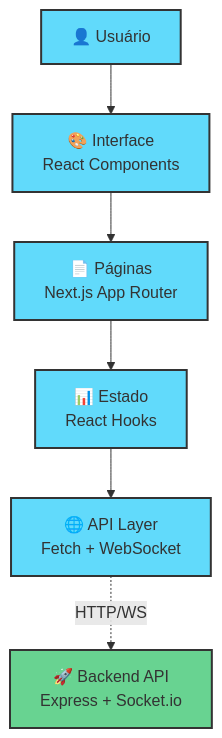
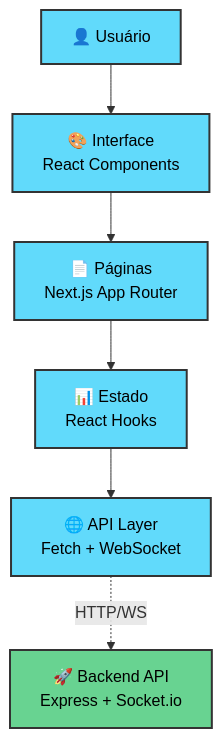
One commit to erik-gastao/sabixao changed the first of 4 diagrams in frontend/README.md. Above: the diagram before and after it, drawn with Mermaid. The commit also changed other lines of this file and 1 other file, not shown here.

First line of the commit message:
fix: melhorar legibilidade do texto nos diagramas Mermaid

````diff
--- a/frontend/README.md
+++ b/frontend/README.md
@@ -5,26 +5,26 @@
 ```mermaid
 graph TB
     %% Camadas do Frontend
     USER[👤 Usuário]
     UI[🎨 Interface<br/>React Components]
     PAGES[📄 Páginas<br/>Next.js App Router]
     STATE[📊 Estado<br/>React Hooks]
     API[🌐 API Layer<br/>Fetch + WebSocket]
     
     %% Backend
     BACKEND[🚀 Backend API<br/>Express + Socket.io]
     
     %% Fluxo
     USER --> UI
     UI --> PAGES
     PAGES --> STATE
     STATE --> API
     API -.->|HTTP/WS| BACKEND
     
     %% Estilos
-    classDef frontend fill:#61dafb,stroke:#333,stroke-width:2px
-    classDef backend fill:#68d391,stroke:#333,stroke-width:2px
+    classDef frontend fill:#61dafb,stroke:#333,stroke-width:2px,color:#000
+    classDef backend fill:#68d391,stroke:#333,stroke-width:2px,color:#000
     
     class USER,UI,PAGES,STATE,API frontend
     class BACKEND backend
 ```
````
